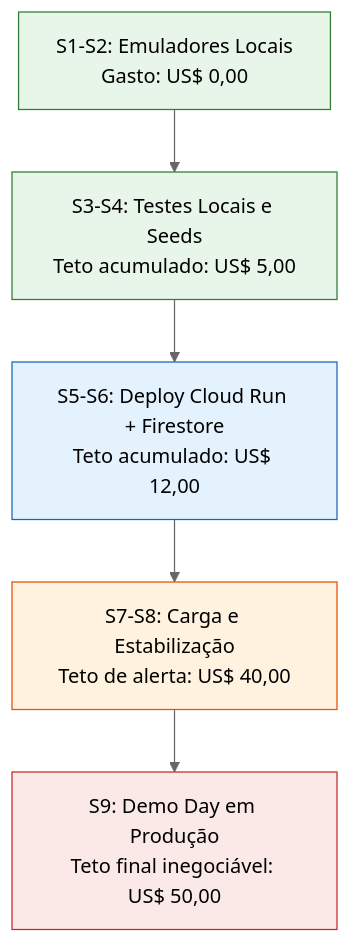
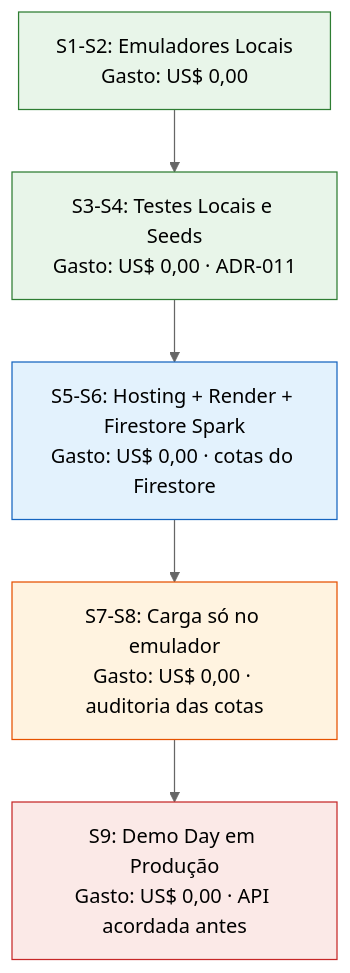
One commit to Alcadas/alcadas-docs changed the second of 2 diagrams in docs/visao-produto/cronograma.md. Above: the diagram before and after it, drawn with Mermaid (neutral theme). The commit also changed other lines of this file and 5 other files, not shown here.

````diff
--- a/docs/visao-produto/cronograma.md
+++ b/docs/visao-produto/cronograma.md
@@ -177,13 +182,13 @@
 ```mermaid
 flowchart TD
-    G1["S1-S2: Emuladores Locais\nGasto: US$ 0,00"] --> G2["S3-S4: Testes Locais e Seeds\nTeto acumulado: US$ 5,00"]
-    G2 --> G3["S5-S6: Deploy Cloud Run + Firestore\nTeto acumulado: US$ 12,00"]
-    G3 --> G4["S7-S8: Carga e Estabilização\nTeto de alerta: US$ 40,00"]
-    G4 --> G5["S9: Demo Day em Produção\nTeto final inegociável: US$ 50,00"]
+    G1["S1-S2: Emuladores Locais\nGasto: US$ 0,00"] --> G2["S3-S4: Testes Locais e Seeds\nGasto: US$ 0,00 · ADR-011"]
+    G2 --> G3["S5-S6: Hosting + Render + Firestore Spark\nGasto: US$ 0,00 · cotas do Firestore"]
+    G3 --> G4["S7-S8: Carga só no emulador\nGasto: US$ 0,00 · auditoria das cotas"]
+    G4 --> G5["S9: Demo Day em Produção\nGasto: US$ 0,00 · API acordada antes"]
 
     style G1 fill:#e8f5e9,stroke:#2e7d32
     style G2 fill:#e8f5e9,stroke:#2e7d32
     style G3 fill:#e3f2fd,stroke:#1565c0
     style G4 fill:#fff3e0,stroke:#e65100
     style G5 fill:#fbe9e7,stroke:#c62828
 ```
````
